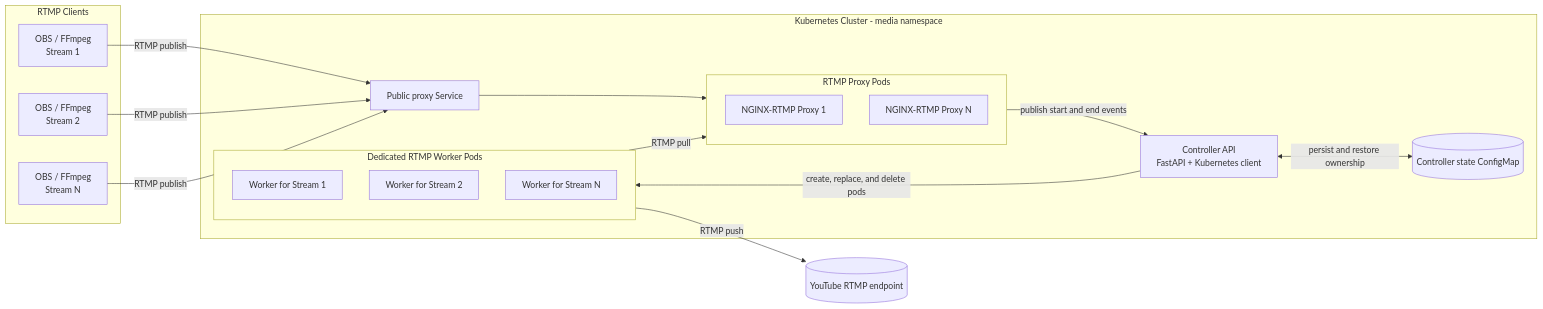
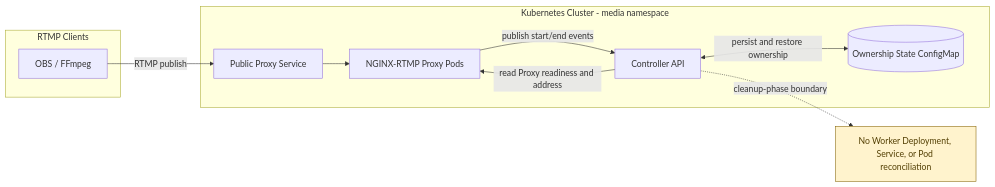
The diagram in diagrams/component.mmd (JadsonLucena/LiveEdgeCast), drawn with Mermaid before and after one commit. The commit also changed 7 other files, not shown here.

Commit message:
fix: complete legacy worker cleanup

```diff
--- a/diagrams/component.mmd
+++ b/diagrams/component.mmd
@@ -1,37 +1,20 @@
 flowchart LR
     subgraph Clients[RTMP Clients]
-        OBS1[OBS / FFmpeg<br/>Stream 1]
-        OBS2[OBS / FFmpeg<br/>Stream 2]
-        OBSN[OBS / FFmpeg<br/>Stream N]
+        OBS[OBS / FFmpeg]
     end
 
     subgraph K8sCluster[Kubernetes Cluster - media namespace]
-        PublicService[Public proxy Service]
-
-        subgraph Proxies[RTMP Proxy Pods]
-            Proxy1[NGINX-RTMP Proxy 1]
-            Proxy2[NGINX-RTMP Proxy N]
-        end
-
-        Controller[Controller API<br/>FastAPI + Kubernetes client]
-
-        subgraph Workers[Dedicated RTMP Worker Pods]
-            Worker1[Worker for Stream 1]
-            Worker2[Worker for Stream 2]
-            WorkerN[Worker for Stream N]
-        end
-
-        State[(Controller state ConfigMap)]
+        PublicService[Public Proxy Service]
+        Proxies[NGINX-RTMP Proxy Pods]
+        Controller[Controller API]
+        State[(Ownership State ConfigMap)]
     end
 
-    Destination[(YouTube RTMP endpoint)]
-
-    OBS1 -->|RTMP publish| PublicService
-    OBS2 -->|RTMP publish| PublicService
-    OBSN -->|RTMP publish| PublicService
+    OBS -->|RTMP publish| PublicService
     PublicService --> Proxies
-    Proxies -->|publish start and end events| Controller
-    Controller -->|create, replace, and delete pods| Workers
+    Proxies -->|publish start/end events| Controller
+    Controller -->|read Proxy readiness and address| Proxies
     Controller <-->|persist and restore ownership| State
-    Workers -->|RTMP pull| Proxies
-    Workers -->|RTMP push| Destination
+    Boundary[No Worker Deployment, Service, or Pod reconciliation]:::note
+    Controller -. cleanup-phase boundary .-> Boundary
+    classDef note fill:#fff3cd,stroke:#856404,color:#533f03
```
